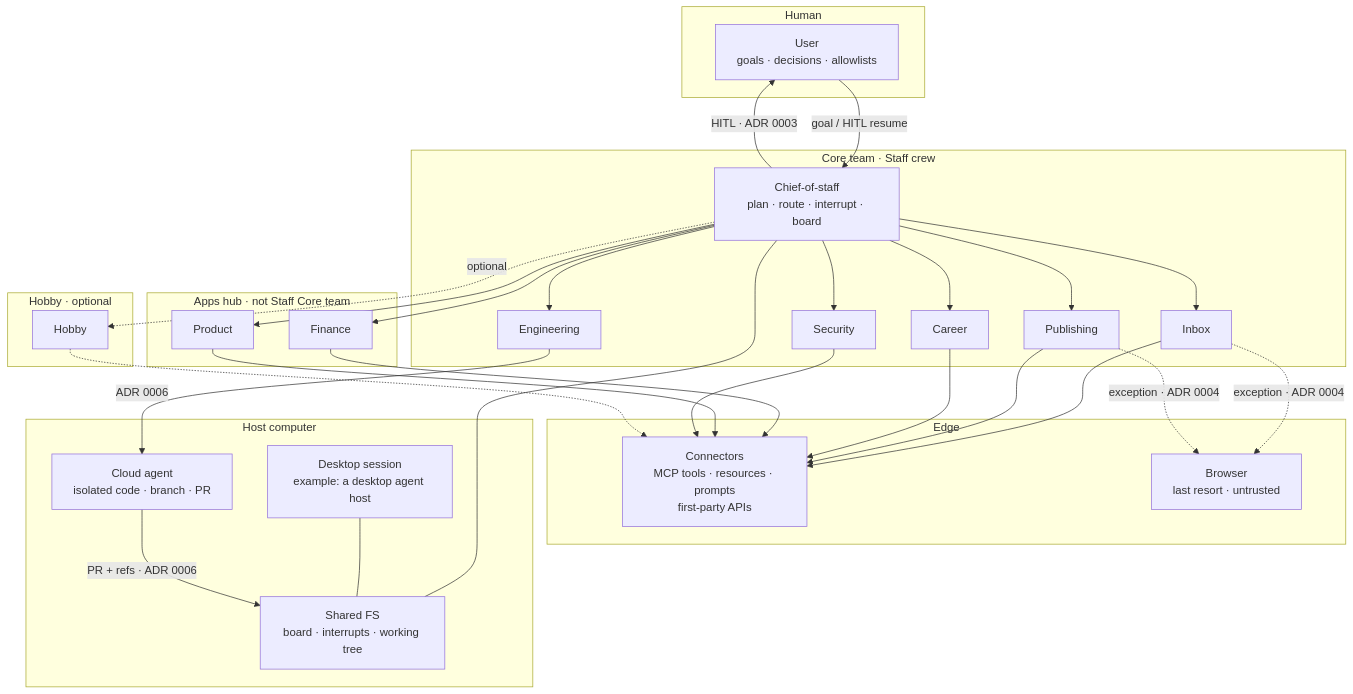
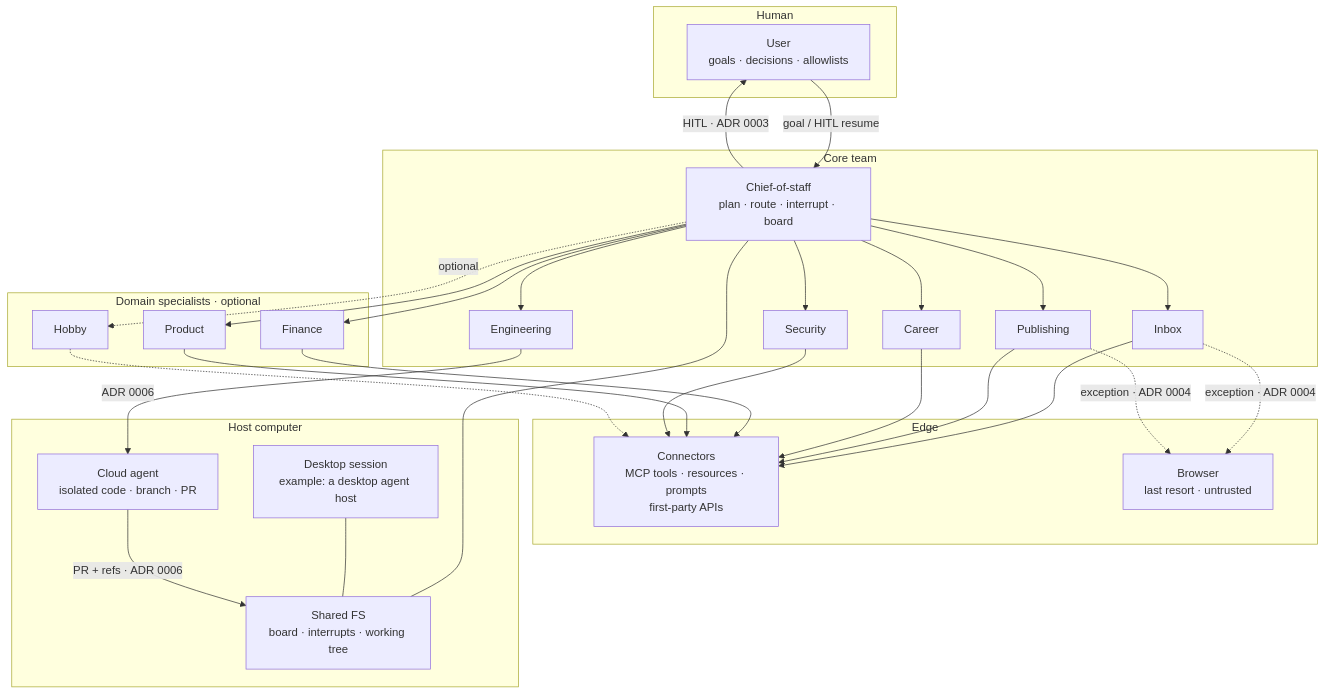
One commit to tiagovilasboas/grok-bot-architecture changed the diagram in docs/architecture.md. Above: the diagram before and after it, drawn with Mermaid. The commit also changed other lines of this file and 8 other files, not shown here.

````diff
--- a/docs/architecture.md
+++ b/docs/architecture.md
@@ -7,59 +7,56 @@
 ```mermaid
 flowchart TB
   subgraph human [Human]
     User["User<br/>goals · decisions · allowlists"]
   end
 
-  subgraph mesa [Core team · Staff crew]
+  subgraph core [Core team]
     CoS["Chief-of-staff<br/>plan · route · interrupt · board"]
     Inbox["Inbox"]
     Engineering["Engineering"]
     Publishing["Publishing"]
     Security["Security"]
     Career["Career"]
   end
 
-  subgraph apps [Apps hub · not Staff Core team]
+  subgraph domain [Domain specialists · optional]
     Finance["Finance"]
     Product["Product"]
-  end
-
-  subgraph hobby [Hobby · optional]
     Hobby["Hobby"]
   end
 
   subgraph edge [Edge]
     Conn["Connectors<br/>MCP tools · resources · prompts<br/>first-party APIs"]
     Browser["Browser<br/>last resort · untrusted"]
   end
 
   subgraph machine [Host computer]
     Desktop["Desktop session<br/>example: a desktop agent host"]
     Files["Shared FS<br/>board · interrupts · working tree"]
     Cloud["Cloud agent<br/>isolated code · branch · PR"]
   end
 
   User -->|"goal / HITL resume"| CoS
   CoS --> Inbox
   CoS --> Engineering
   CoS --> Publishing
   CoS --> Security
   CoS --> Career
   CoS --> Finance
   CoS --> Product
   CoS -.->|"optional"| Hobby
   Inbox --> Conn
   Publishing --> Conn
   Career --> Conn
   Finance --> Conn
   Product --> Conn
   Security --> Conn
   Hobby -.-> Conn
   Inbox -.->|"exception · ADR 0004"| Browser
   Publishing -.->|"exception · ADR 0004"| Browser
   Engineering -->|"ADR 0006"| Cloud
   CoS --- Files
   Desktop --- Files
   Cloud -->|"PR + refs · ADR 0006"| Files
   CoS -->|"HITL · ADR 0003"| User
 ```
````
